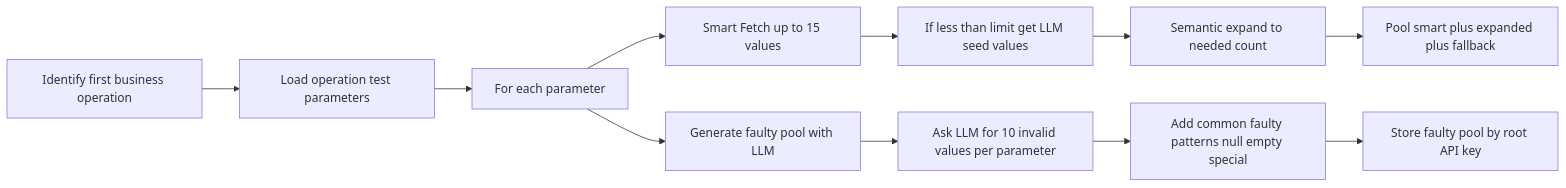
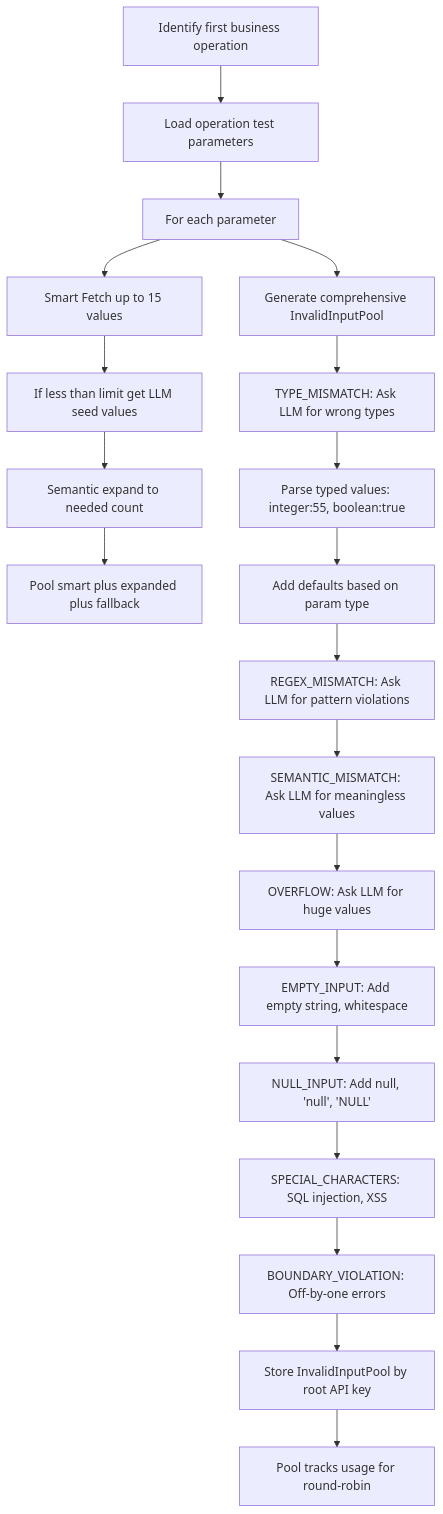
The third of 9 diagrams in src/main/resources/My-Example/trainticket/flow.md (miaoti/Rest), drawn with Mermaid before and after one commit. The commit also changed other lines of this file and 55 other files, not shown here.

````diff
--- a/src/main/resources/My-Example/trainticket/flow.md
+++ b/src/main/resources/My-Example/trainticket/flow.md
@@ -99,13 +99,23 @@
 ```mermaid
-flowchart LR
+flowchart TD
     A[Identify first business operation] --> B[Load operation test parameters]
     B --> C[For each parameter]
     C --> D[Smart Fetch up to 15 values]
     D --> E[If less than limit get LLM seed values]
     E --> F[Semantic expand to needed count]
     F --> G[Pool smart plus expanded plus fallback]
-    C --> H[Generate faulty pool with LLM]
-    H --> I[Ask LLM for 10 invalid values per parameter]
-    I --> J[Add common faulty patterns null empty special]
-    J --> K[Store faulty pool by root API key]
+    
+    C --> H[Generate comprehensive InvalidInputPool]
+    H --> I1[TYPE_MISMATCH: Ask LLM for wrong types]
+    I1 --> I2[Parse typed values: integer:55, boolean:true]
+    I2 --> I3[Add defaults based on param type]
+    I3 --> I4[REGEX_MISMATCH: Ask LLM for pattern violations]
+    I4 --> I5[SEMANTIC_MISMATCH: Ask LLM for meaningless values]
+    I5 --> I6[OVERFLOW: Ask LLM for huge values]
+    I6 --> I7[EMPTY_INPUT: Add empty string, whitespace]
+    I7 --> I8[NULL_INPUT: Add null, 'null', 'NULL']
+    I8 --> I9[SPECIAL_CHARACTERS: SQL injection, XSS]
+    I9 --> I10[BOUNDARY_VIOLATION: Off-by-one errors]
+    I10 --> J[Store InvalidInputPool by root API key]
+    J --> K[Pool tracks usage for round-robin]
 ```
````
